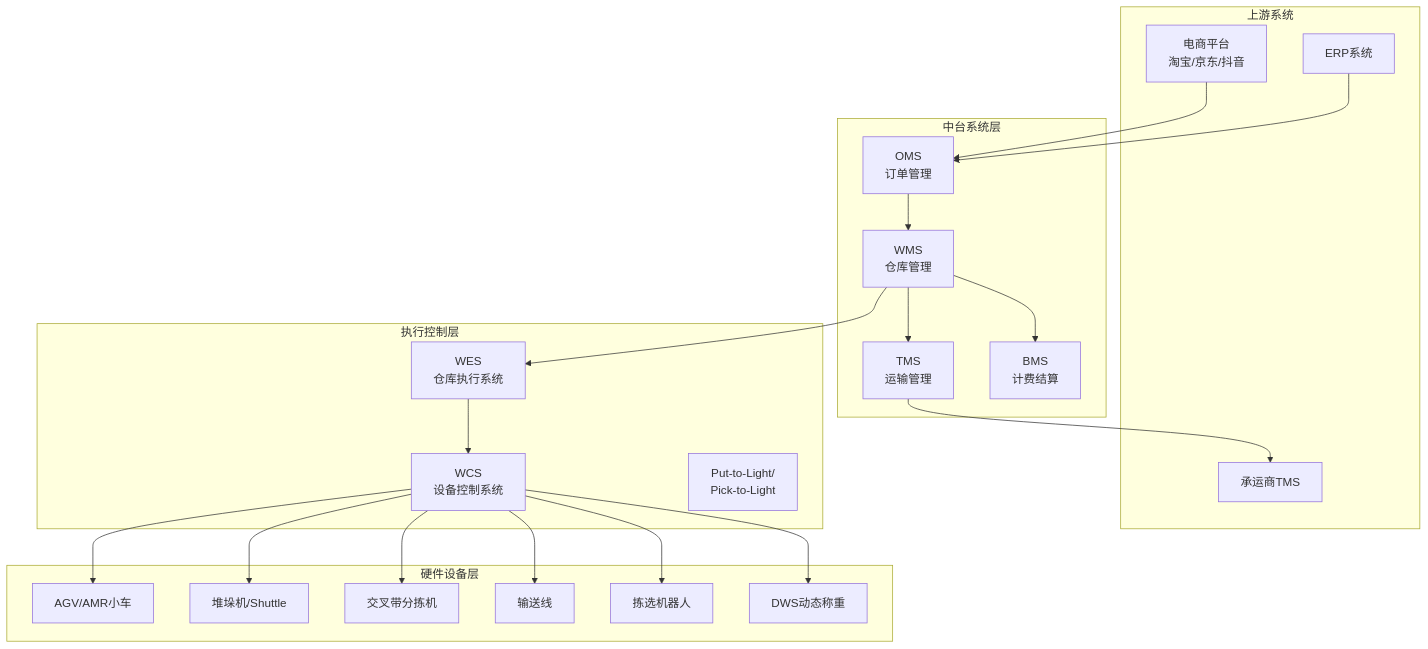
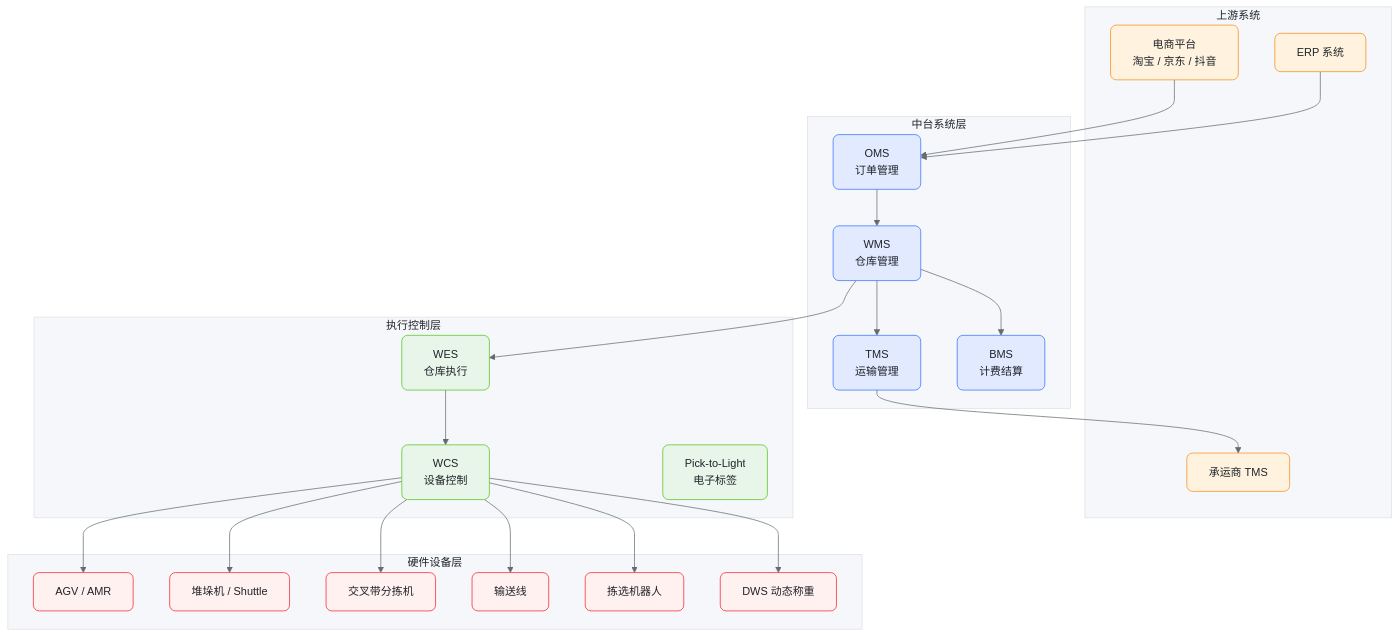
Before and after one commit to generous-jiang/jiangzw: the first of 9 diagrams in docs/warehouse-automation-outbound.md, drawn with Mermaid. The commit also changed other lines of this file and 9 other files, not shown here.

First line of the commit message:
docs(style): 应用飞书风主题到所有 Mermaid 图（浅蓝主色 + 圆角 + PingFang）

````diff
--- a/docs/warehouse-automation-outbound.md
+++ b/docs/warehouse-automation-outbound.md
@@ -25,45 +25,69 @@
 ```mermaid
-graph TB
-    subgraph "上游系统"
-        EC[电商平台<br/>淘宝/京东/抖音]
-        ERP[ERP系统]
-        TMS_OUT[承运商TMS]
+---
+config:
+  theme: base
+  themeVariables:
+    fontFamily: '-apple-system, BlinkMacSystemFont, "Helvetica Neue", "PingFang SC", "Microsoft YaHei", sans-serif'
+    fontSize: 15px
+    primaryColor: '#E1EAFF'
+    primaryTextColor: '#1F2329'
+    primaryBorderColor: '#3370FF'
+    lineColor: '#646A73'
+    secondaryColor: '#FFF3E0'
+    tertiaryColor: '#E8F5E9'
+    background: '#FFFFFF'
+    mainBkg: '#E1EAFF'
+    clusterBkg: '#F5F7FA'
+    clusterBorder: '#DEE0E3'
+    edgeLabelBackground: '#FFFFFF'
+    titleColor: '#1F2329'
+---
+flowchart TB
+    subgraph S1["上游系统"]
+        EC["电商平台<br/>淘宝 / 京东 / 抖音"]:::up
+        ERP["ERP 系统"]:::up
+        TMS_OUT["承运商 TMS"]:::up
     end
 
-    subgraph "中台系统层"
-        OMS[OMS<br/>订单管理]
-        WMS[WMS<br/>仓库管理]
-        TMS[TMS<br/>运输管理]
-        BMS[BMS<br/>计费结算]
+    subgraph S2["中台系统层"]
+        OMS["OMS<br/>订单管理"]:::mid
+        WMS["WMS<br/>仓库管理"]:::mid
+        TMS["TMS<br/>运输管理"]:::mid
+        BMS["BMS<br/>计费结算"]:::mid
     end
 
-    subgraph "执行控制层"
-        WCS[WCS<br/>设备控制系统]
-        WES[WES<br/>仓库执行系统]
-        PTL[Put-to-Light/<br/>Pick-to-Light]
+    subgraph S3["执行控制层"]
+        WCS["WCS<br/>设备控制"]:::exe
+        WES["WES<br/>仓库执行"]:::exe
+        PTL["Pick-to-Light<br/>电子标签"]:::exe
     end
 
-    subgraph "硬件设备层"
-        AGV[AGV/AMR小车]
-        AS_RS[堆垛机/Shuttle]
-        SORTER[交叉带分拣机]
-        CONV[输送线]
-        ROBOT[拣选机器人]
-        DWS[DWS动态称重]
+    subgraph S4["硬件设备层"]
+        AGV["AGV / AMR"]:::hw
+        ASRS["堆垛机 / Shuttle"]:::hw
+        SORTER["交叉带分拣机"]:::hw
+        CONV["输送线"]:::hw
+        ROBOT["拣选机器人"]:::hw
+        DWS["DWS 动态称重"]:::hw
     end
 
     EC --> OMS
     ERP --> OMS
     OMS --> WMS
     WMS --> WES
     WES --> WCS
     WCS --> AGV
-    WCS --> AS_RS
+    WCS --> ASRS
     WCS --> SORTER
     WCS --> CONV
     WCS --> ROBOT
     WCS --> DWS
     WMS --> TMS
     TMS --> TMS_OUT
     WMS --> BMS
+
+    classDef up fill:#FFF3E0,stroke:#FA8C16,color:#1F2329,rx:8,ry:8
+    classDef mid fill:#E1EAFF,stroke:#3370FF,color:#1F2329,rx:8,ry:8
+    classDef exe fill:#E8F5E9,stroke:#52C41A,color:#1F2329,rx:8,ry:8
+    classDef hw fill:#FFF1F0,stroke:#F5222D,color:#1F2329,rx:8,ry:8
 ```
````
